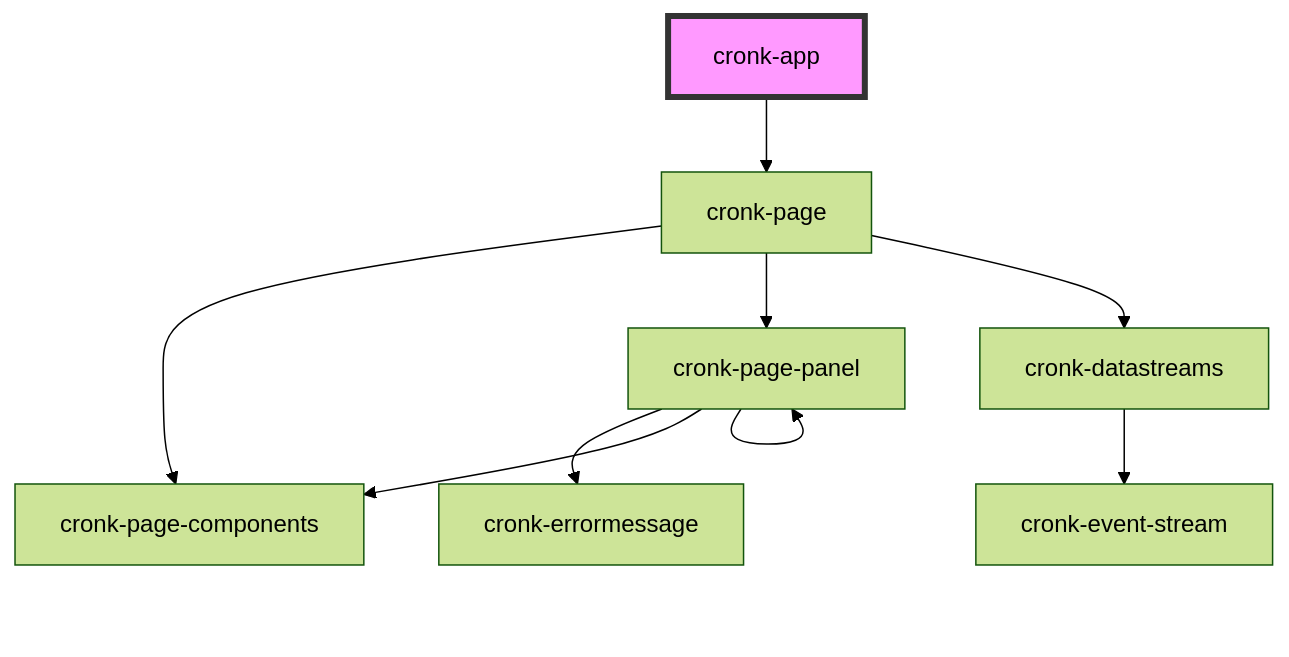
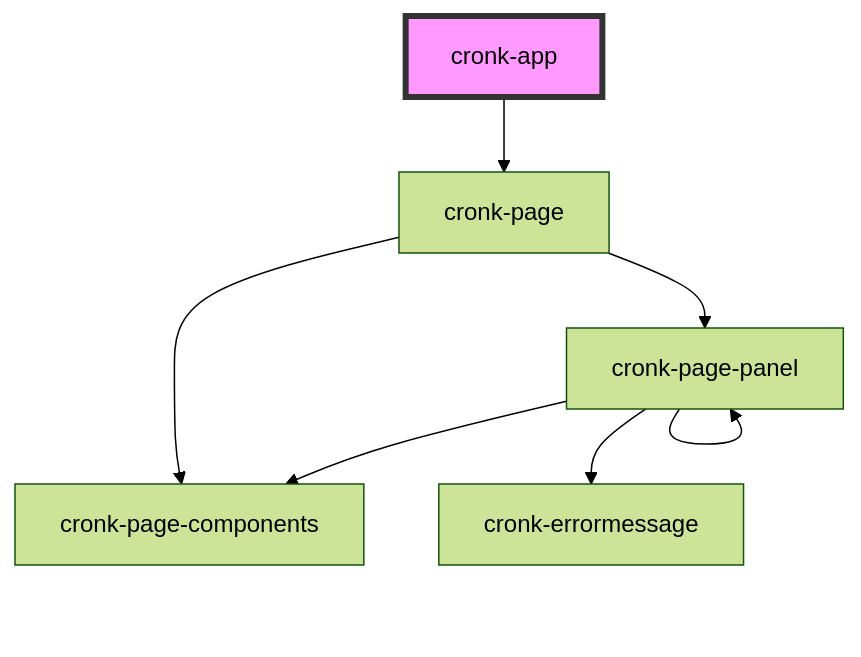
Before and after one commit to nanoporetech/cronkite: the diagram in src/views/cronk-app/readme.md, drawn with Mermaid (forest theme). The commit also changed 65 other files, not shown here.

````diff
--- a/src/views/cronk-app/readme.md
+++ b/src/views/cronk-app/readme.md
@@ -22,12 +22,10 @@
 ```mermaid
 graph TD;
   cronk-app --> cronk-page
   cronk-page --> cronk-page-components
   cronk-page --> cronk-page-panel
-  cronk-page --> cronk-datastreams
   cronk-page-panel --> cronk-errormessage
   cronk-page-panel --> cronk-page-components
   cronk-page-panel --> cronk-page-panel
-  cronk-datastreams --> cronk-event-stream
   style cronk-app fill:#f9f,stroke:#333,stroke-width:4px
 ```
````
